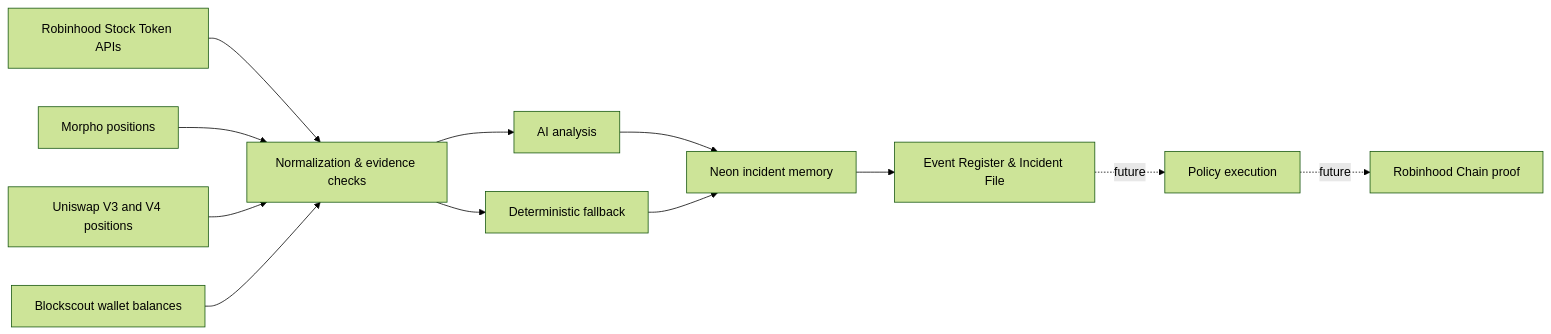
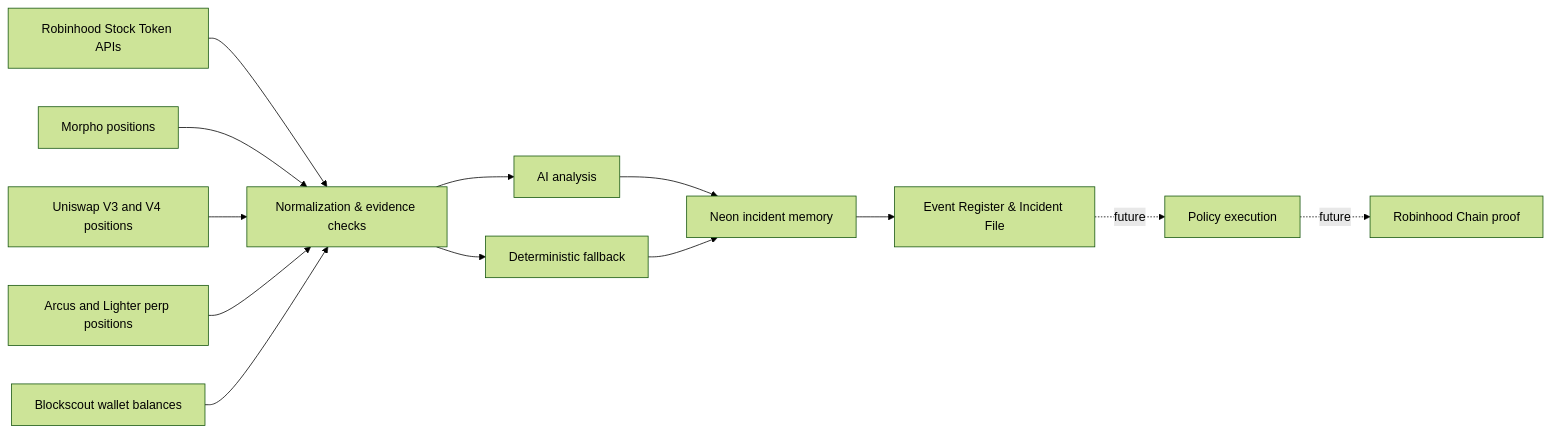
The diagram in README.md (jiyu1337/mihari), drawn with Mermaid (forest theme) before and after one commit. The commit also changed other lines of this file and 3 other files, not shown here.

````diff
--- a/README.md
+++ b/README.md
@@ -82,14 +84,15 @@
 ```mermaid
 flowchart LR
     A["Robinhood Stock Token APIs"] --> B["Normalization & evidence checks"]
     M["Morpho positions"] --> B
     U["Uniswap V3 and V4 positions"] --> B
+    P["Arcus and Lighter perp positions"] --> B
     W["Blockscout wallet balances"] --> B
     B --> C["AI analysis"]
     B --> D["Deterministic fallback"]
     C --> E["Neon incident memory"]
     D --> E
     E --> F["Event Register & Incident File"]
     F -. future .-> G["Policy execution"]
     G -. future .-> H["Robinhood Chain proof"]
 ```
````
